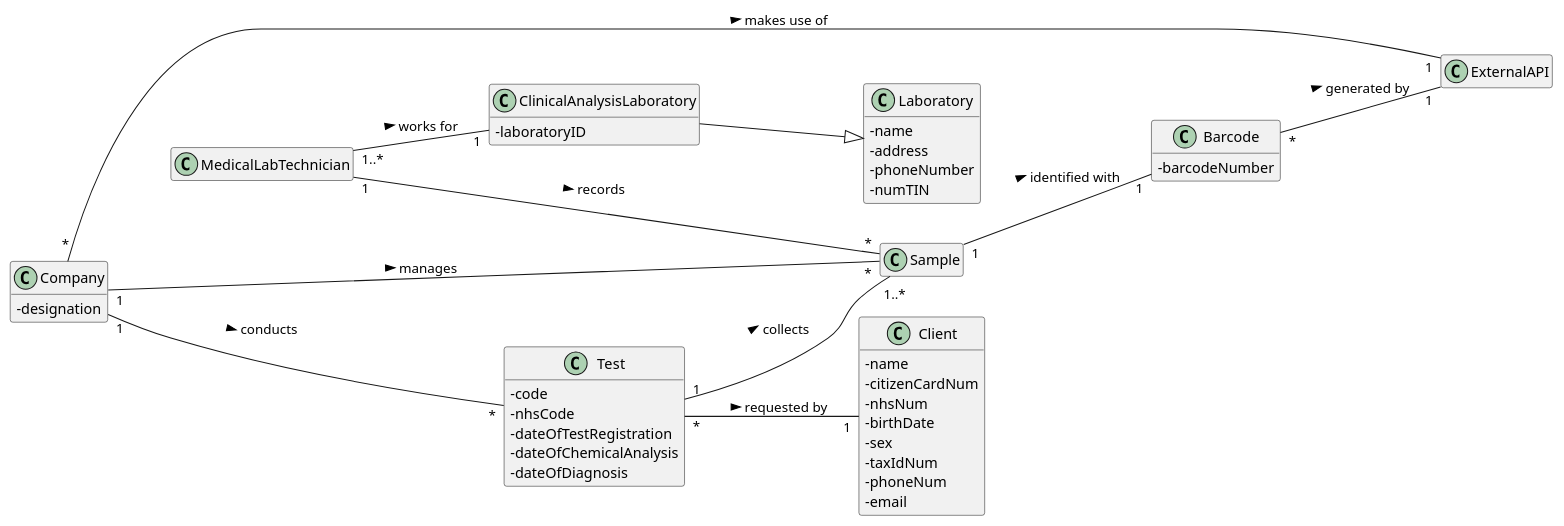
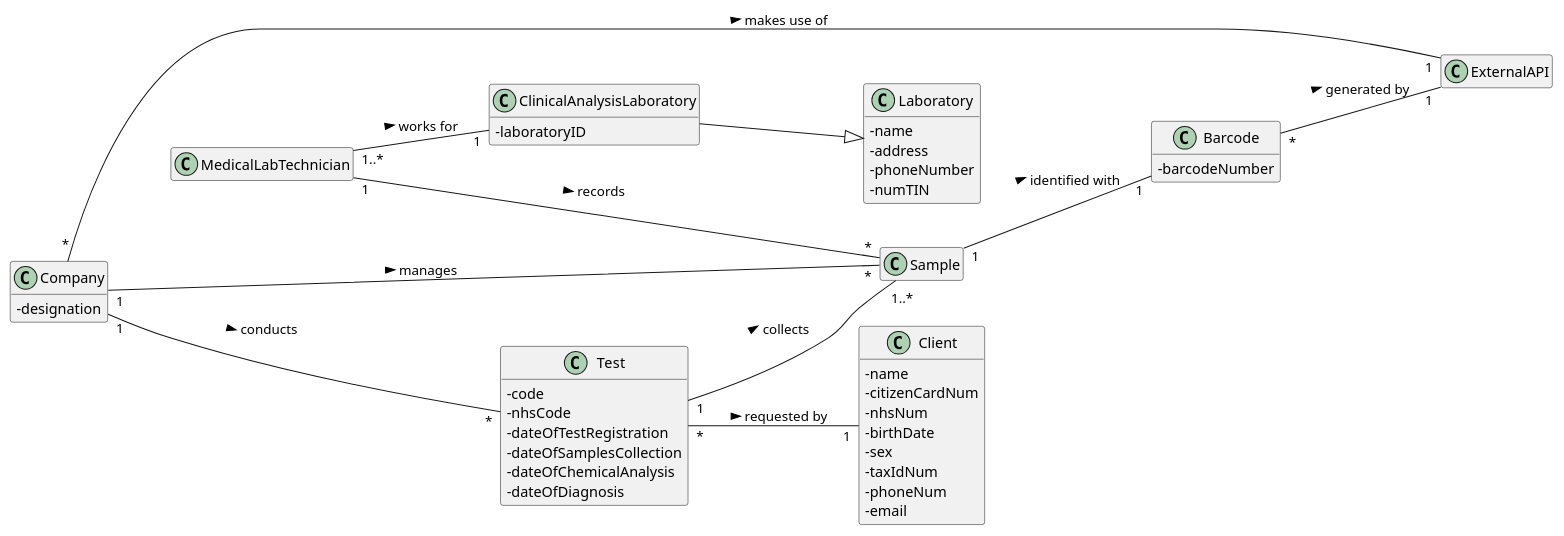
One commit to ana-albergaria/LAPR2-ISEP changed the diagram in docs/SprintC/US_5/US5_DM.puml. Above: the diagram before and after it, drawn with PlantUML. The commit also changed 15 other files, not shown here.

Commit message:
US5 Exporting SVG Diagrams and adding them to Documentation

```diff
--- a/docs/SprintC/US_5/US5_DM.puml
+++ b/docs/SprintC/US_5/US5_DM.puml
@@ -1,98 +1,99 @@
 @startuml
 
 skinparam classAttributeIconSize 0
 hide empty methods
 hide empty attributes
 left to right direction
 
 class MedicalLabTechnician{}
 
 class Sample{}
 
 class Test{
 - code
 - nhsCode
 - dateOfTestRegistration
+- dateOfSamplesCollection
 - dateOfChemicalAnalysis
 - dateOfDiagnosis
 }
 
 class Barcode {
 - barcodeNumber
 }
 
 class ExternalAPI{}
 
 /'class LabOrder{}'/
 
 class Client{
 - name
 - citizenCardNum
 - nhsNum
 - birthDate
 - sex
 - taxIdNum
 - phoneNum
 - email
 }
 
 /'
 class TestType{
 - code
 - description
 - collectingMethod
 }'/
 
 /'class Parameter {
   -code
   -shortName
   -description
 }'/
 
 class Company {
 -designation
 }
 
 class ClinicalAnalysisLaboratory{
 - laboratoryID
 }
 
 class Laboratory {
 - name
 - address
 - phoneNumber
 - numTIN
 }
 
 /'class Config {}'/
 
 
 
 
 MedicalLabTechnician "1" --- "*" Sample : records >
 Sample "1" -- "1" Barcode : identified with >
 Barcode "*" -- "1" ExternalAPI : generated by >
 Test "1" -- "1..*" Sample : collects >
 /'Test "1" --- "1" LabOrder : originates <'/
 /'LabOrder "1..*" --- "1" Client : provided by >'/
 
 /'comment line above'/
 /'Test "*" -- "1" TestType : classified as >'/
 
 /'LabOrder -- TestType : contains >'/
 /'LabOrder -- "1..*" Parameter : contains >'/
 
 /'ExternalAPI -- Config : defined by >'/
 Test "*" -- "1" Client : requested by >
 Company "*" - "1" ExternalAPI : makes use of >
 Company "1" --- "*" Sample : manages >
 Company "1" --- "*" Test : conducts >
 MedicalLabTechnician "1..*" -- "1" ClinicalAnalysisLaboratory : works for >
 
 ClinicalAnalysisLaboratory --|> Laboratory
 
 
 
 
 
 @enduml
```
